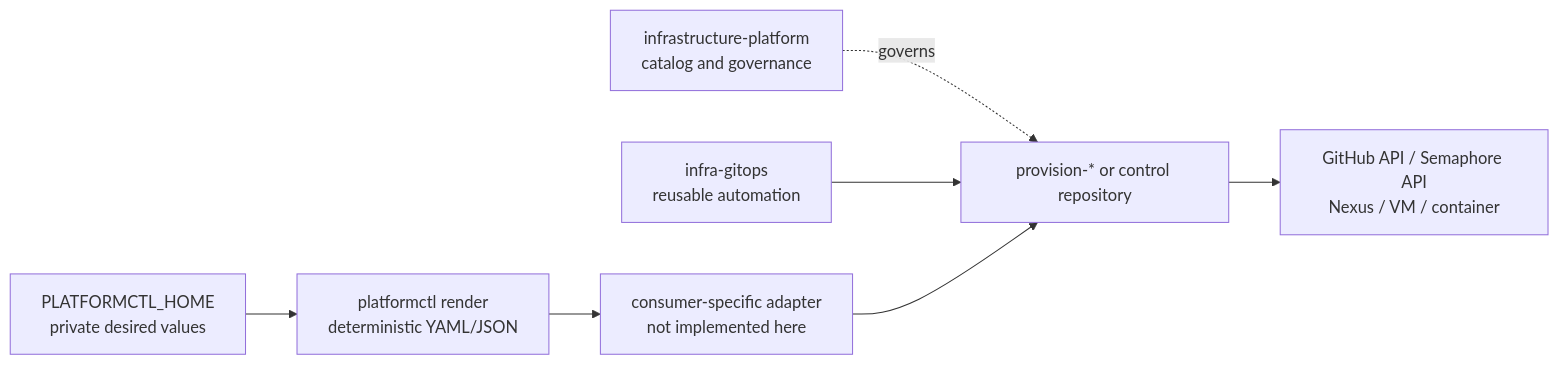
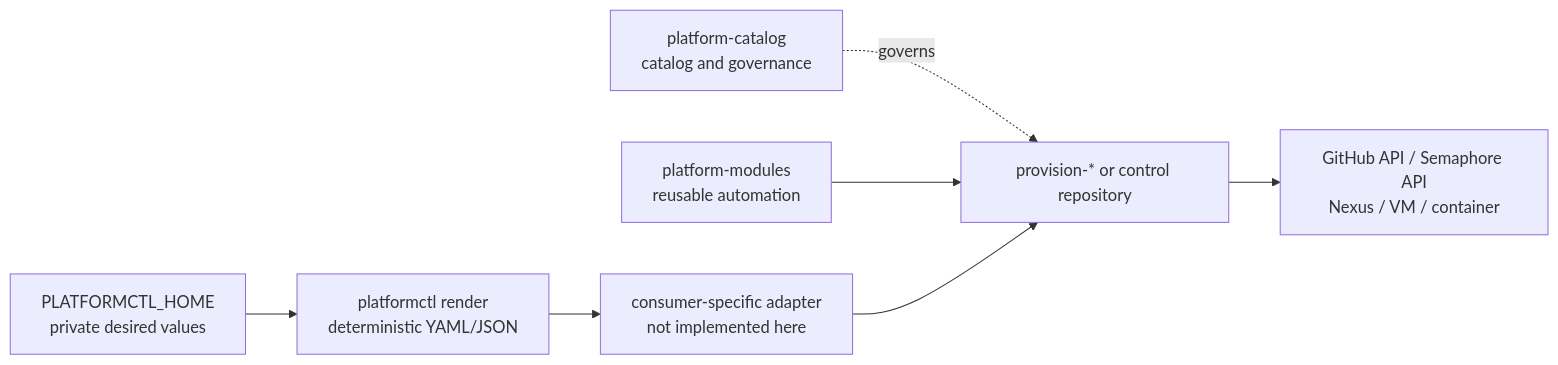
One commit to ednillibanio/platformctl changed the diagram in docs/ecosystem.md. Above: the diagram before and after it, drawn with Mermaid. The commit also changed other lines of this file and 15 other files, not shown here.

First line of the commit message:
docs: cut over to platform-modules and platform-catalog; start iteration 003

````diff
--- a/docs/ecosystem.md
+++ b/docs/ecosystem.md
@@ -67,9 +69,9 @@
 ```mermaid
 flowchart LR
-    C["infrastructure-platform<br/>catalog and governance"] -. governs .-> P
-    I["infra-gitops<br/>reusable automation"] --> P
+    C["platform-catalog<br/>catalog and governance"] -. governs .-> P
+    I["platform-modules<br/>reusable automation"] --> P
     H["PLATFORMCTL_HOME<br/>private desired values"] --> R["platformctl render<br/>deterministic YAML/JSON"]
     R --> A["consumer-specific adapter<br/>not implemented here"]
     A --> P["provision-* or control repository"]
     P --> T["GitHub API / Semaphore API<br/>Nexus / VM / container"]
 ```
````
